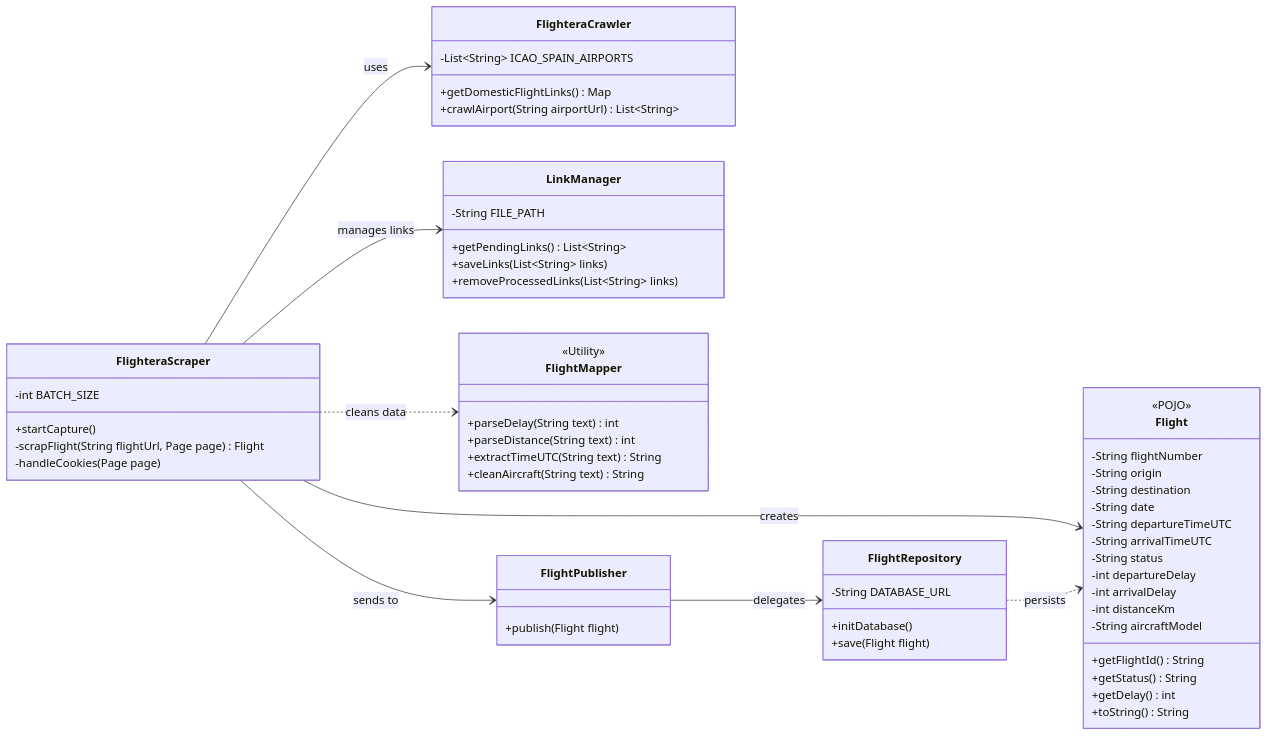
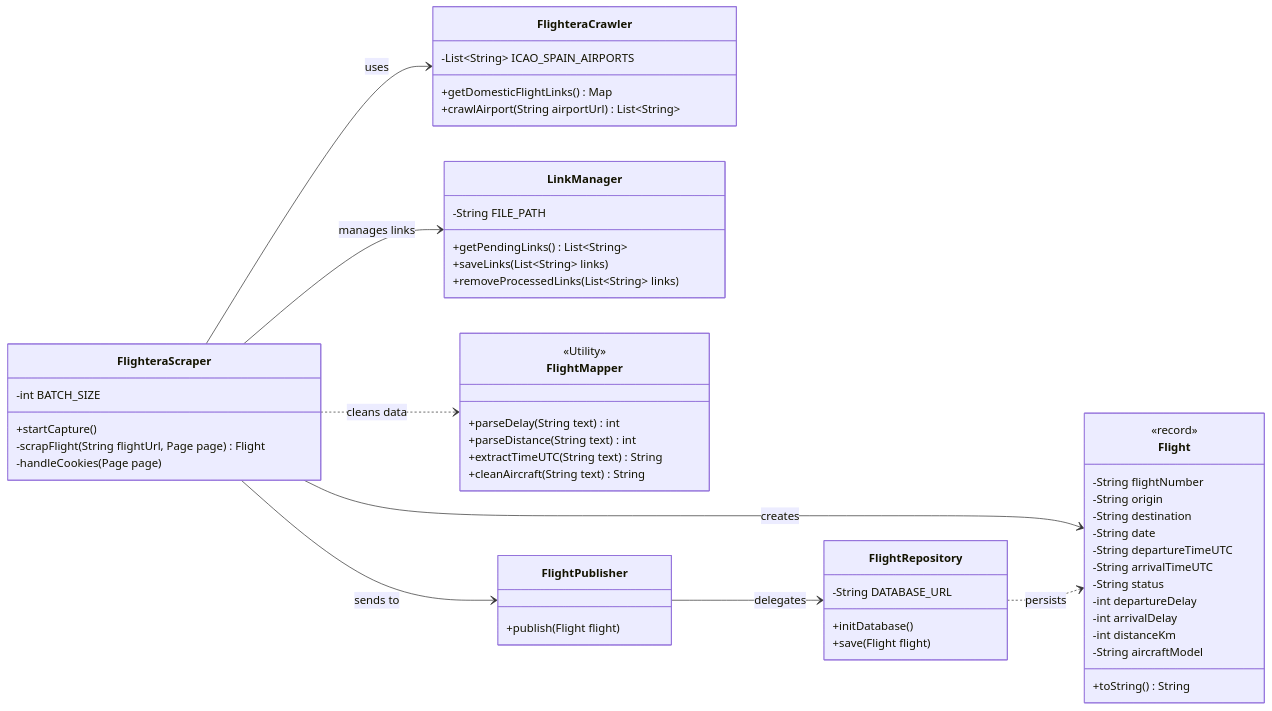
The second of 2 diagrams in readme.md (NoVibesJustCode/sky-delay-forecast), drawn with Mermaid before and after one commit.

Commit message:
docs: update README diagram to use Record instead of POJO

````diff
--- a/readme.md
+++ b/readme.md
@@ -75,69 +75,67 @@
 ```mermaid
 classDiagram
     direction LR
 
     class FlighteraScraper {
         -int BATCH_SIZE
         +startCapture()
         -scrapFlight(String flightUrl, Page page) Flight
         -handleCookies(Page page)
     }
 
     class FlighteraCrawler {
         -List~String~ ICAO_SPAIN_AIRPORTS
         +getDomesticFlightLinks() Map
         +crawlAirport(String airportUrl) List~String~
     }
 
     class LinkManager {
         -String FILE_PATH
         +getPendingLinks() List~String~
         +saveLinks(List~String~ links)
         +removeProcessedLinks(List~String~ links)
     }
 
     class FlightMapper {
         <<Utility>>
         +parseDelay(String text) int
         +parseDistance(String text) int
         +extractTimeUTC(String text) String
         +cleanAircraft(String text) String
     }
 
     class FlightPublisher {
         +publish(Flight flight)
     }
 
     class Flight {
-        <<POJO>>
         -String flightNumber
         -String origin
         -String destination
         -String date
         -String departureTimeUTC
         -String arrivalTimeUTC
         -String status
         -int departureDelay
         -int arrivalDelay
         -int distanceKm
         -String aircraftModel
-        +getFlightId() String
-        +getStatus() String
-        +getDelay() int
         +toString() String
     }
 
     class FlightRepository {
         -String DATABASE_URL
         +initDatabase()
         +save(Flight flight)
     }
+    
+    <<record>> Flight
 
     FlighteraScraper --> FlighteraCrawler : uses
     FlighteraScraper --> LinkManager : manages links
     FlighteraScraper ..> FlightMapper : cleans data
     FlighteraScraper --> Flight : creates
     FlighteraScraper --> FlightPublisher : sends to
     FlightPublisher --> FlightRepository : delegates
     FlightRepository ..> Flight : persists
 ```
````
